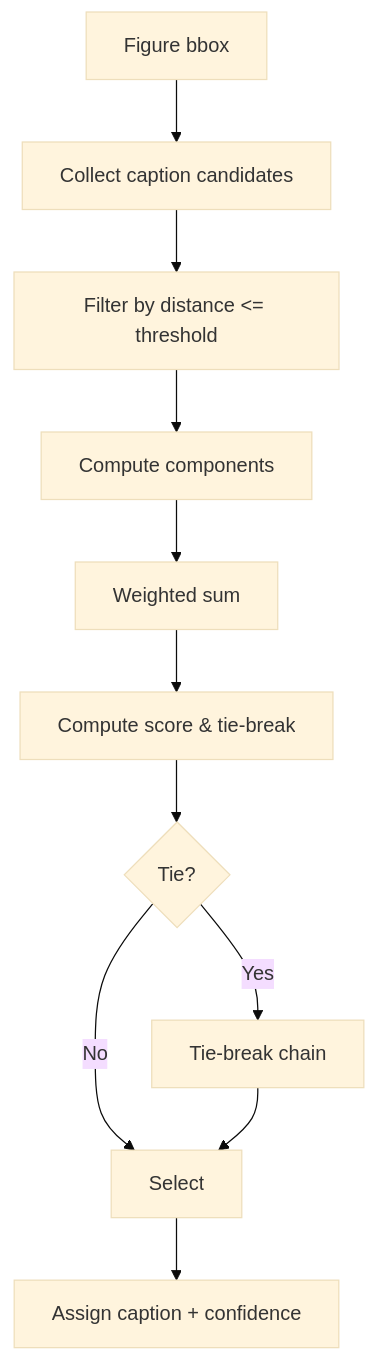
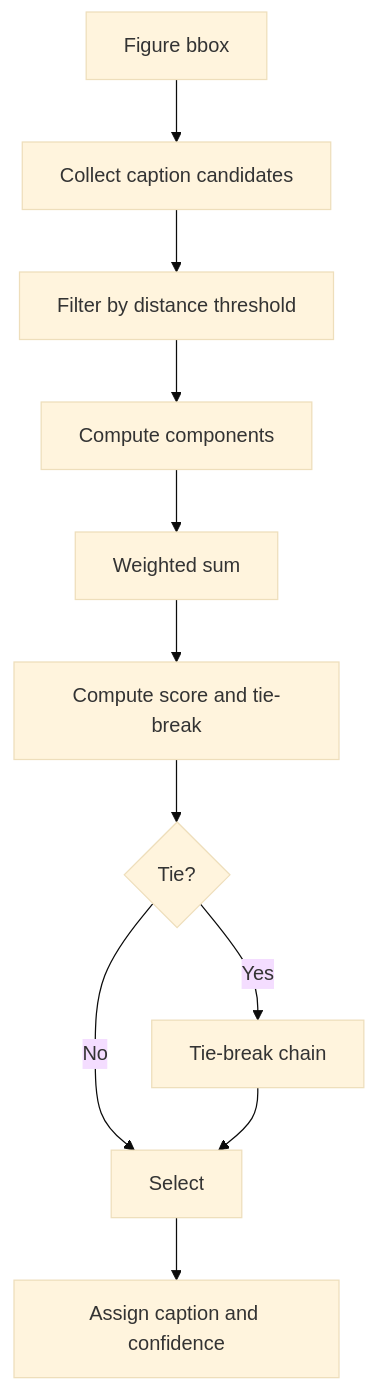
Before and after one commit to FBakkensen/bc-automated-tests-doc: the fourth of 5 diagrams in doc/design.md, drawn with Mermaid (base theme). The commit also changed other lines of this file and 4 other files, not shown here.

````diff
--- a/doc/design.md
+++ b/doc/design.md
@@ -276,13 +276,13 @@
 ```mermaid
 flowchart TD
-  A[Figure bbox] --> B[Collect caption candidates]
-  B --> C[Filter by distance <= threshold]
-  C --> D[Compute components]
-  D --> E[Weighted sum]
-  E --> J[Compute score & tie-break]
-  J --> F{Tie?}
-  F -- Yes --> G[Tie-break chain]
-  F -- No --> H[Select]
+  A["Figure bbox"] --> B["Collect caption candidates"]
+  B --> C["Filter by distance threshold"]
+  C --> D["Compute components"]
+  D --> E["Weighted sum"]
+  E --> J["Compute score and tie-break"]
+  J --> F{"Tie?"}
+  F -- Yes --> G["Tie-break chain"]
+  F -- No --> H["Select"]
   G --> H
-  H --> I[Assign caption + confidence]
+  H --> I["Assign caption and confidence"]
 ```
````
